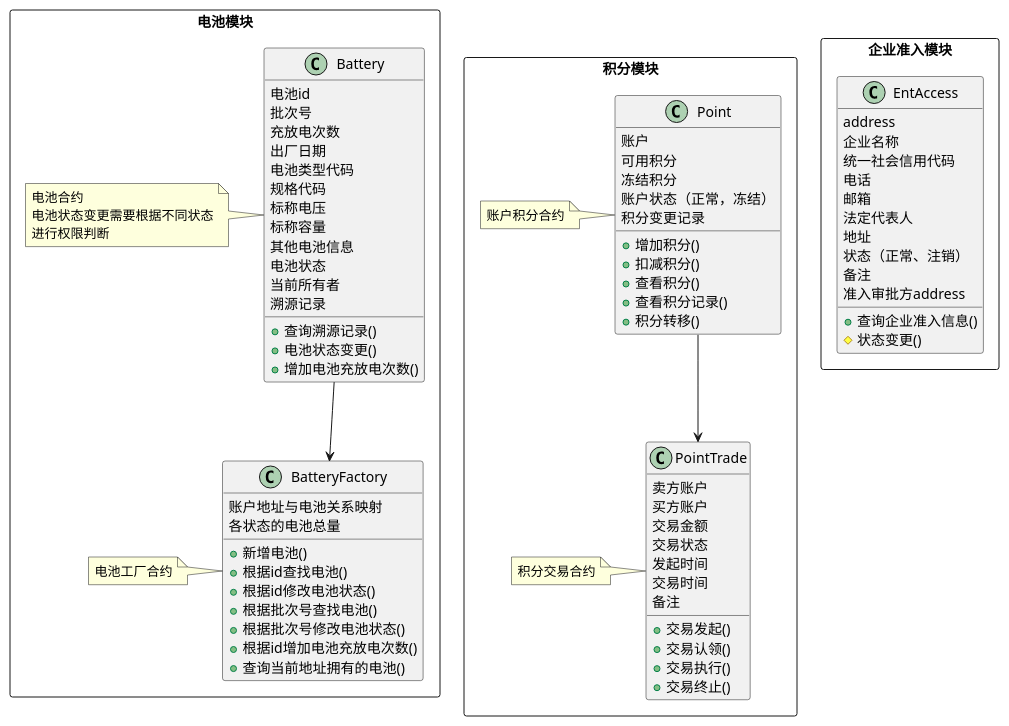
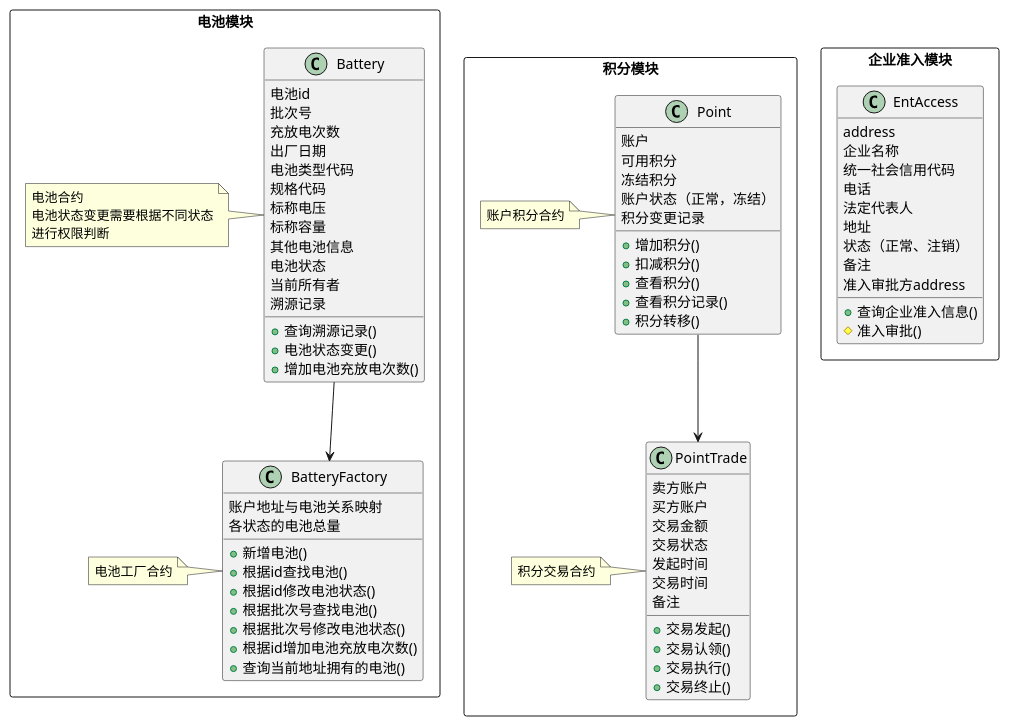
One commit to cmgun/B-Recycle changed the diagram in docs/合约结构.puml. Above: the diagram before and after it, drawn with PlantUML. The commit also changed 20 other files, not shown here.

```diff
--- a/docs/合约结构.puml
+++ b/docs/合约结构.puml
@@ -1,132 +1,131 @@
 @startuml
 'https://plantuml.com/class-diagram
 
 '电池溯源模块
 package 电池模块 <<Rectangle>> {
 class Battery {
 电池id
 批次号
 充放电次数
 出厂日期
 电池类型代码
 规格代码
 标称电压
 标称容量
 其他电池信息
 电池状态
 当前所有者
 溯源记录
 + 查询溯源记录()
 + 电池状态变更()
 + 增加电池充放电次数()
 }
 note left of Battery
 电池合约
 电池状态变更需要根据不同状态
 进行权限判断
 end note
 
 class BatteryFactory {
 '电池列表
 账户地址与电池关系映射
 各状态的电池总量
 
 + 新增电池()
 + 根据id查找电池()
 + 根据id修改电池状态()
 + 根据批次号查找电池()
 + 根据批次号修改电池状态()
 + 根据id增加电池充放电次数()
 + 查询当前地址拥有的电池()
 }
 note left of BatteryFactory
 电池工厂合约
 end note
 
 
 Battery --> BatteryFactory
 
 }
 
 
 '机构准入模块
 package 企业准入模块 <<Rectangle>> {
 class EntAccess {
 address
 企业名称
 统一社会信用代码
 电话
-邮箱
 法定代表人
 地址
 状态（正常、注销）
 备注
 准入审批方address
 
 + 查询企业准入信息()
-# 状态变更()
+# 准入审批()
 }
 
 'class EntAccess {
 '已准入的企业列表
 '机构类型与企业id映射
 '企业id与机构类型映射
 '企业id-准入状态映射
 '
 '+ 企业准入()
 '+ 企业信息变更()
 '+ 根据企业id查找对应机构类型()
 '+ 根据机构类型查找对应企业()
 '}
 'note left of EntAccess
 '企业准入合约
 '企业信息变更需要特定权限
 'end note
 '
 'Enterprise --> EntAccess
 
 }
 
 '积分模块
 package 积分模块 <<Rectangle>> {
 class Point {
 账户
 可用积分
 冻结积分
 账户状态（正常，冻结）
 积分变更记录
 
 + 增加积分()
 + 扣减积分()
 + 查看积分()
 + 查看积分记录()
 + 积分转移()
 }
 note left of Point
 账户积分合约
 end note
 
 class PointTrade {
 卖方账户
 买方账户
 交易金额
 交易状态
 发起时间
 交易时间
 备注
 
 + 交易发起()
 + 交易认领()
 + 交易执行()
 + 交易终止()
 }
 note left of PointTrade
 积分交易合约
 end note
 
 Point --> PointTrade
 }
 
 
 
 @enduml
```
